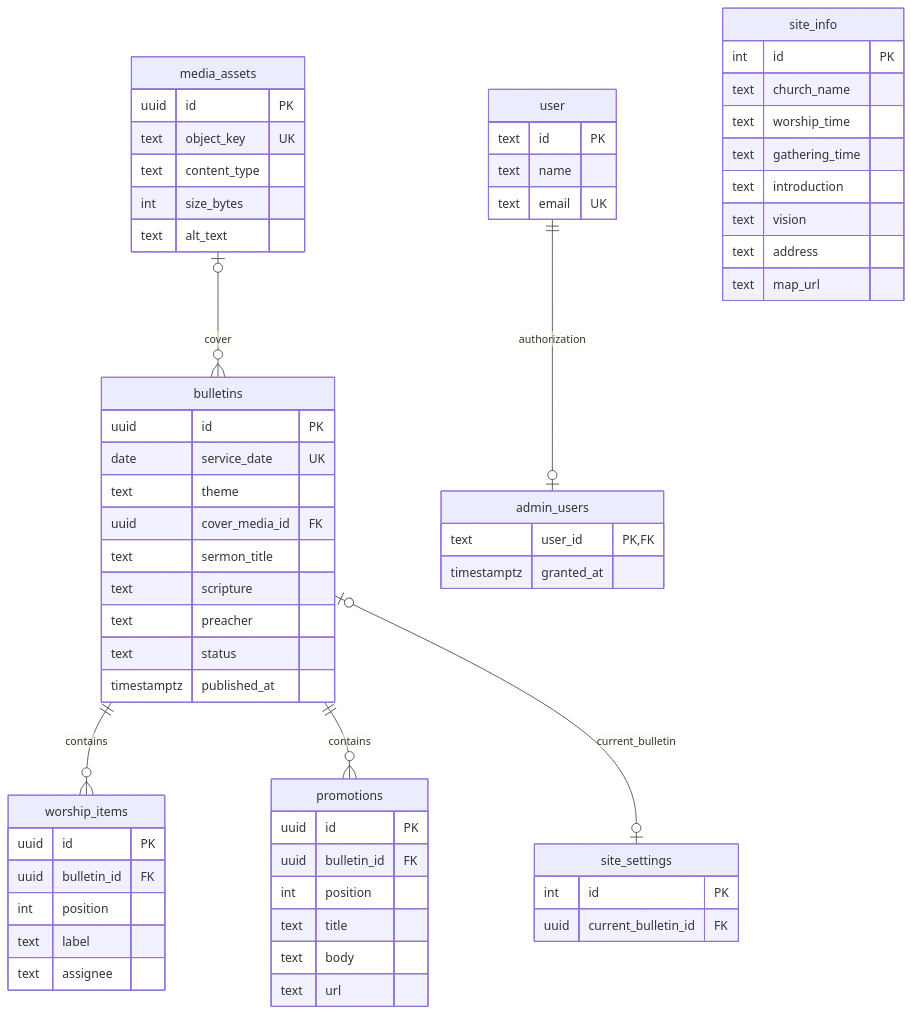
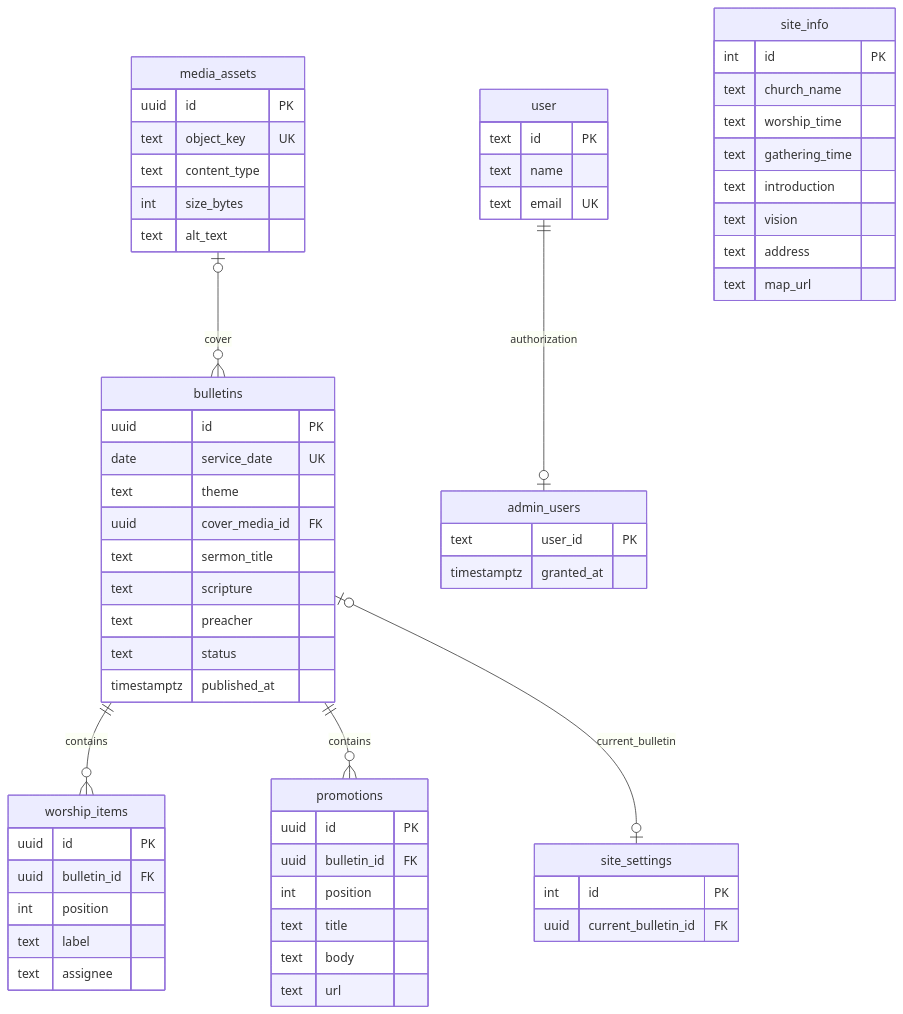
One commit to dev-owen/gsmch-youth-bulletin changed the second of 2 diagrams in README.md. Above: the diagram before and after it, drawn with Mermaid. The commit also changed other lines of this file and 8 other files, not shown here.

````diff
--- a/README.md
+++ b/README.md
@@ -41,65 +39,65 @@
 ```mermaid
 erDiagram
   bulletins ||--o{ worship_items : contains
   bulletins ||--o{ promotions : contains
   media_assets o|--o{ bulletins : cover
   bulletins o|--o| site_settings : current_bulletin
   user ||--o| admin_users : authorization
 
   bulletins {
     uuid id PK
     date service_date UK
     text theme
     uuid cover_media_id FK
     text sermon_title
     text scripture
     text preacher
     text status
     timestamptz published_at
   }
   worship_items {
     uuid id PK
     uuid bulletin_id FK
     int position
     text label
     text assignee
   }
   promotions {
     uuid id PK
     uuid bulletin_id FK
     int position
     text title
     text body
     text url
   }
   media_assets {
     uuid id PK
     text object_key UK
     text content_type
     int size_bytes
     text alt_text
   }
   site_info {
     int id PK
     text church_name
     text worship_time
     text gathering_time
     text introduction
     text vision
     text address
     text map_url
   }
   site_settings {
     int id PK
     uuid current_bulletin_id FK
   }
   admin_users {
-    text user_id PK, FK
+    text user_id PK
     timestamptz granted_at
   }
   user {
     text id PK
     text name
     text email UK
   }
 ```
````
